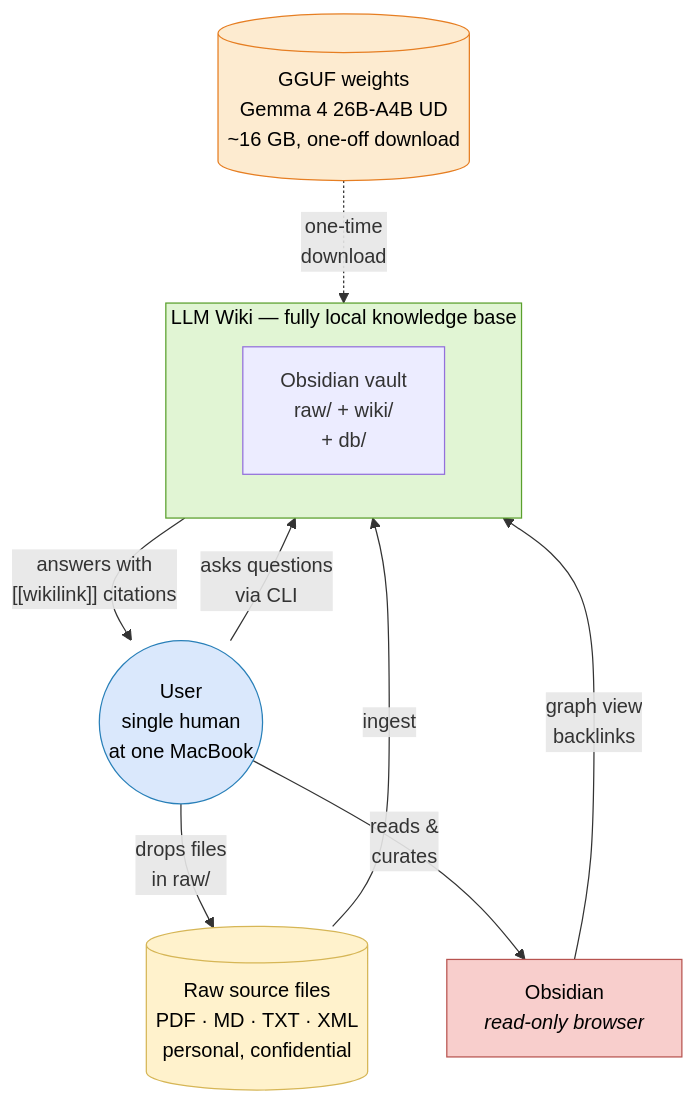
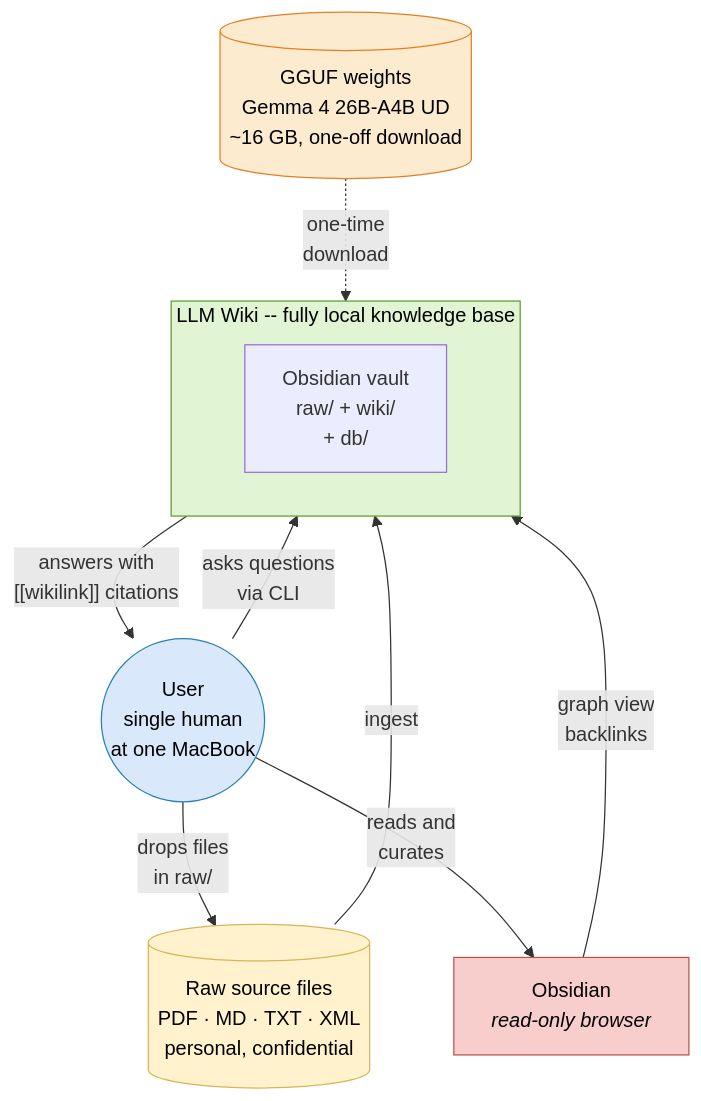
Before and after one commit to DimitrisLianos/LLM_Wiki_SecondBrain: the first of 2 diagrams in docs/arc42/03-system-scope-and-context.md, drawn with Mermaid. The commit also changed 10 other files, not shown here.

First line of the commit message:
fix: replace HTML entities in Mermaid blocks with plain characters

````diff
--- a/docs/arc42/03-system-scope-and-context.md
+++ b/docs/arc42/03-system-scope-and-context.md
@@ -11,26 +11,26 @@
 ```mermaid
 graph TB
  user(("User<br/>single human<br/>at one MacBook"))
 
- subgraph SYSTEM ["LLM Wiki &mdash; fully local knowledge base"]
+ subgraph SYSTEM ["LLM Wiki -- fully local knowledge base"]
  wiki["Obsidian vault<br/>raw/ + wiki/<br/>+ db/"]
  end
 
- sources[("Raw source files<br/>PDF &middot; MD &middot; TXT &middot; XML<br/>personal, confidential")]
+ sources[("Raw source files<br/>PDF · MD · TXT · XML<br/>personal, confidential")]
  model[("GGUF weights<br/>Gemma 4 26B-A4B UD<br/>~16 GB, one-off download")]
  obsidian["Obsidian<br/><i>read-only browser</i>"]
 
  user -- "drops files<br/>in raw/" --> sources
  sources -- "ingest" --> SYSTEM
  user -- "asks questions<br/>via CLI" --> SYSTEM
  SYSTEM -- "answers with<br/>[[wikilink]] citations" --> user
- user -- "reads &amp;<br/>curates" --> obsidian
+ user -- "reads and<br/>curates" --> obsidian
  obsidian -- "graph view<br/>backlinks" --> SYSTEM
  model -. "one-time<br/>download" .-> SYSTEM
 
  style SYSTEM fill:#e1f5d4,stroke:#5aa02c,color:#000
  style user fill:#dae8fc,stroke:#2980b9,color:#000
  style sources fill:#fff2cc,stroke:#d6b656,color:#000
  style model fill:#fdebd0,stroke:#e67e22,color:#000
  style obsidian fill:#f8cecc,stroke:#b85450,color:#000
 ```
````
